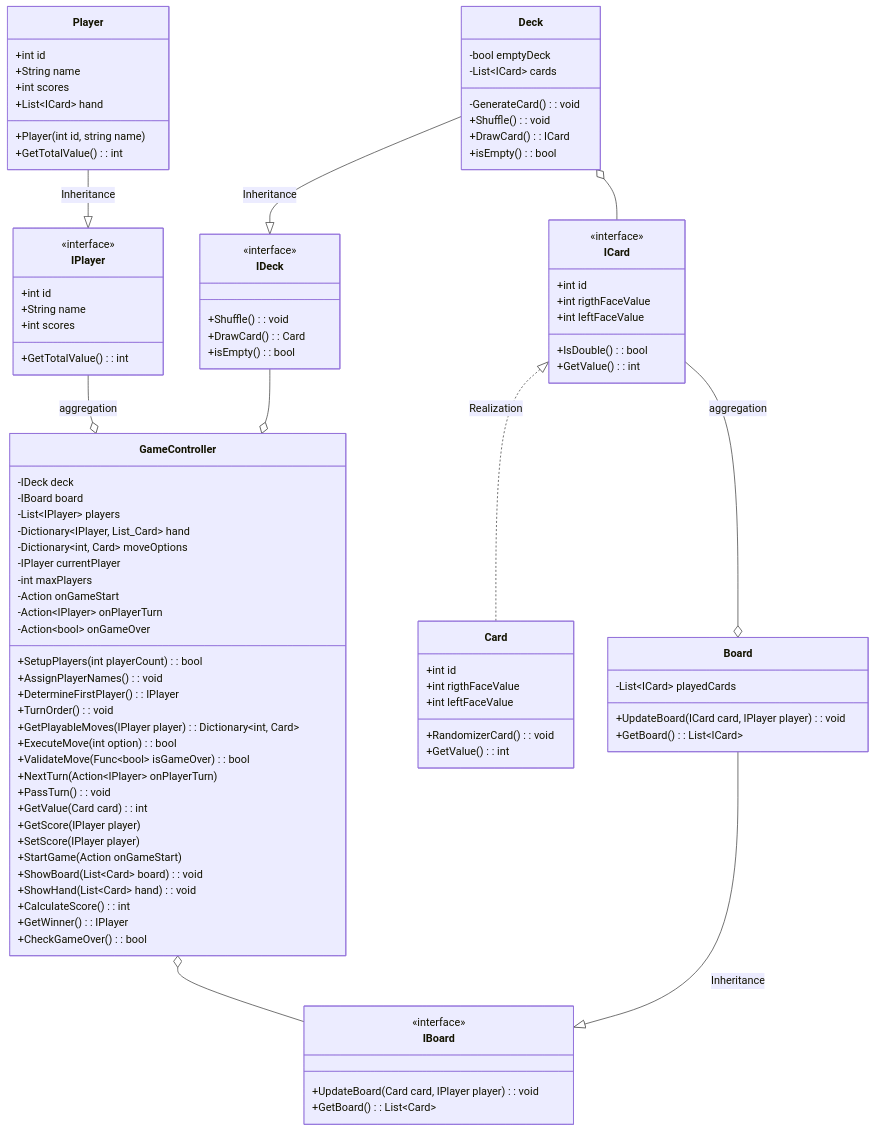
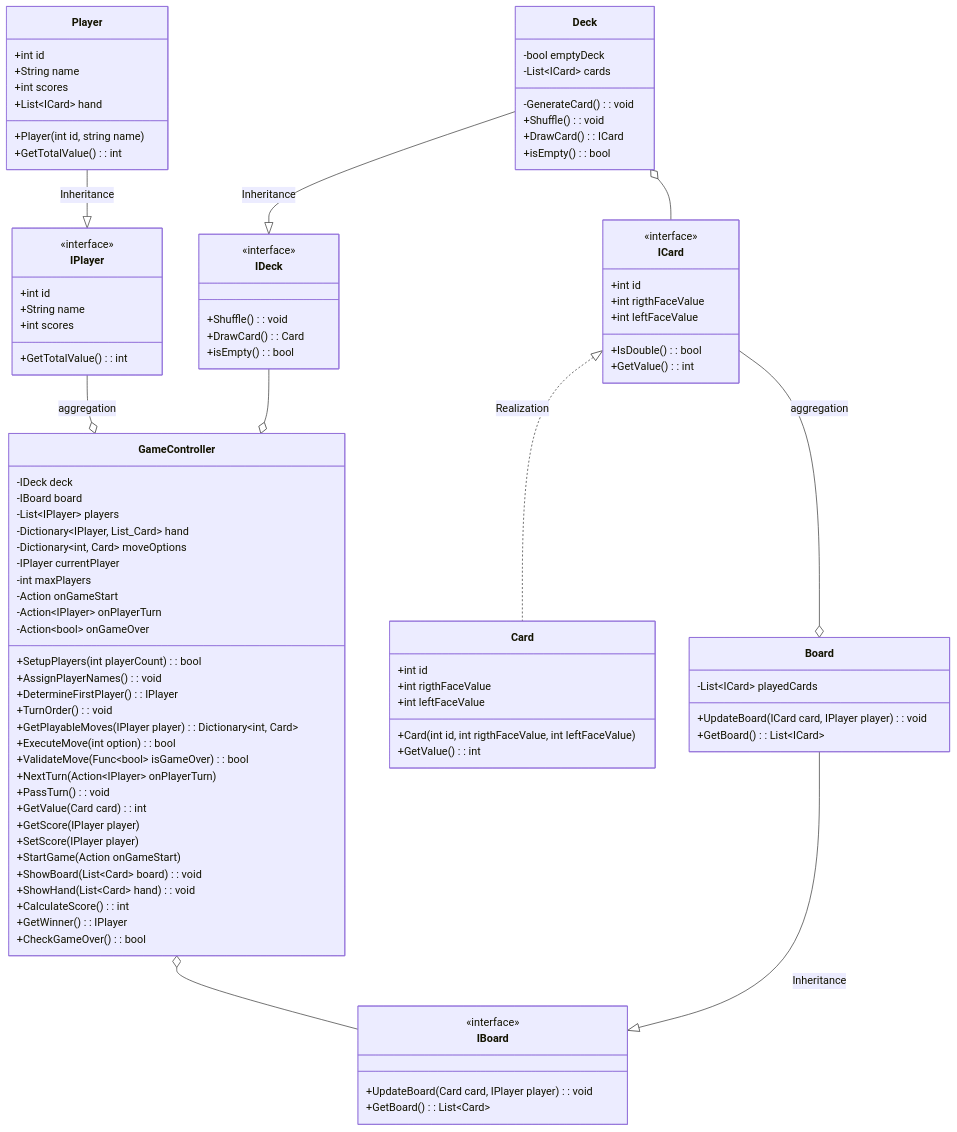
Before and after one commit to RavenFajar/bootCamp13: the diagram in Day6/DiagramClassProject/Domino.mmd, drawn with Mermaid.

```diff
--- a/Day6/DiagramClassProject/Domino.mmd
+++ b/Day6/DiagramClassProject/Domino.mmd
@@ -1,95 +1,95 @@
 classDiagram
 class IPlayer{
     <<interface>>
     +int id
     +String name
     +int scores
     +GetTotalValue() : int
 }
 class Player{
     +int id
     +String name
     +int scores
     +List~ICard~ hand
     +Player(int id, string name)
     +GetTotalValue() : int
 }
 class ICard{
     <<interface>>
     +int id
     +int rigthFaceValue
     +int leftFaceValue 
     +IsDouble() : bool
     +GetValue() : int
 }
 class IDeck{
     <<interface>>
     +Shuffle() : void
     +DrawCard() : Card
     +isEmpty() : bool
 }
 class IBoard{
     <<interface>>
     +UpdateBoard(Card card, IPlayer player) : void
     +GetBoard() : List~Card~
    
 }
 class Deck{
     -bool emptyDeck
     -GenerateCard() : void
     -List~ICard~ cards
     +Shuffle() : void
     +DrawCard() : ICard
     +isEmpty() : bool
 }
 class Board{
     -List~ICard~ playedCards
     +UpdateBoard(ICard card, IPlayer player) : void
     +GetBoard() : List~ICard~
 }
 class Card{
     +int id
     +int rigthFaceValue
     +int leftFaceValue   
-    +RandomizerCard() : void
+    +Card(int id, int rigthFaceValue, int leftFaceValue) 
     +GetValue() : int
 }
 class GameController{
     -IDeck deck
     -IBoard board
     -List~IPlayer~ players
     -Dictionary~IPlayer, List_Card~ hand
     -Dictionary~int, Card~ moveOptions
     -IPlayer currentPlayer
     -int maxPlayers
     -Action onGameStart
     -Action~IPlayer~ onPlayerTurn
     -Action~bool~ onGameOver
     +SetupPlayers(int playerCount) : bool
     +AssignPlayerNames() : void
     +DetermineFirstPlayer() : IPlayer
     +TurnOrder() : void
     +GetPlayableMoves(IPlayer player) : Dictionary~int, Card~
     +ExecuteMove(int option) : bool
     +ValidateMove(Func~bool~ isGameOver) : bool
     +NextTurn(Action~IPlayer~ onPlayerTurn)
     +PassTurn() : void
     +GetValue(Card card) : int
     +GetScore(IPlayer player)
     +SetScore(IPlayer player)
     +StartGame(Action onGameStart)
     +ShowBoard(List~Card~ board) : void
     +ShowHand(List~Card~ hand) : void
     +CalculateScore() : int
     +GetWinner() : IPlayer
     +CheckGameOver() : bool
 }
 IPlayer --o GameController : aggregation
 IDeck --o GameController
 GameController o-- IBoard
 Deck --|> IDeck : Inheritance
 Board --|> IBoard : Inheritance
 Player --|> IPlayer : Inheritance
 Deck o-- ICard
 ICard --o Board : aggregation
 ICard <|.. Card : Realization
```
